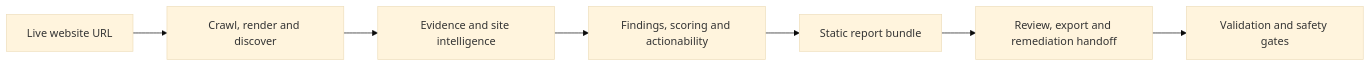
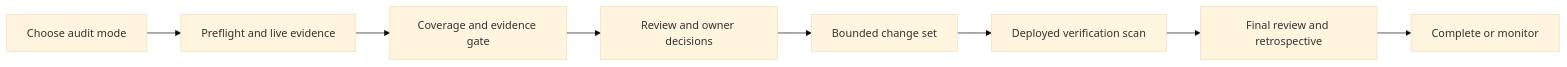
The diagram in README.md (RNT56/SEO-workflow), drawn with Mermaid (base theme) before and after one commit. The commit also changed other lines of this file and 65 other files, not shown here.

````diff
--- a/README.md
+++ b/README.md
@@ -39,9 +39,10 @@
 ```mermaid
 flowchart LR
-  A["Live website URL"] --> B["Crawl, render and discover"]
-  B --> C["Evidence and site intelligence"]
-  C --> D["Findings, scoring and actionability"]
-  D --> E["Static report bundle"]
-  E --> F["Review, export and remediation handoff"]
-  F --> G["Validation and safety gates"]
+  A["Choose audit mode"] --> B["Preflight and live evidence"]
+  B --> C["Coverage and evidence gate"]
+  C --> D["Review and owner decisions"]
+  D --> E["Bounded change set"]
+  E --> F["Deployed verification scan"]
+  F --> G["Final review and retrospective"]
+  G --> H["Complete or monitor"]
 ```
````
